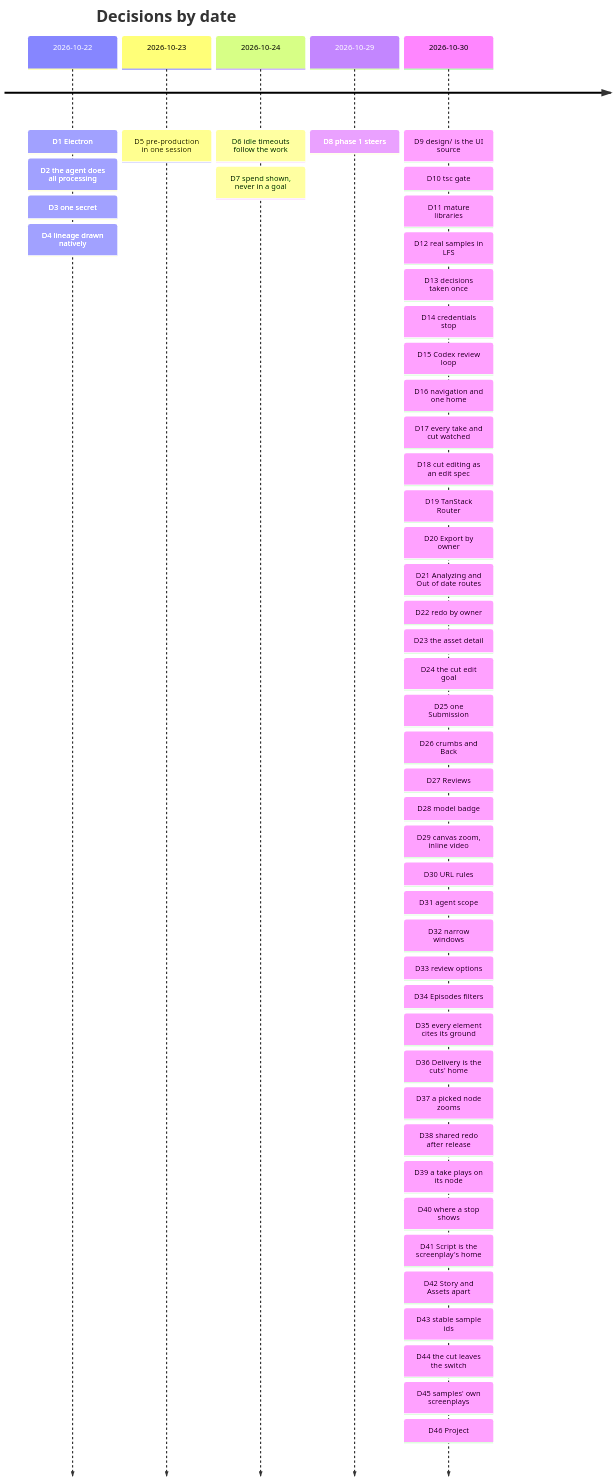
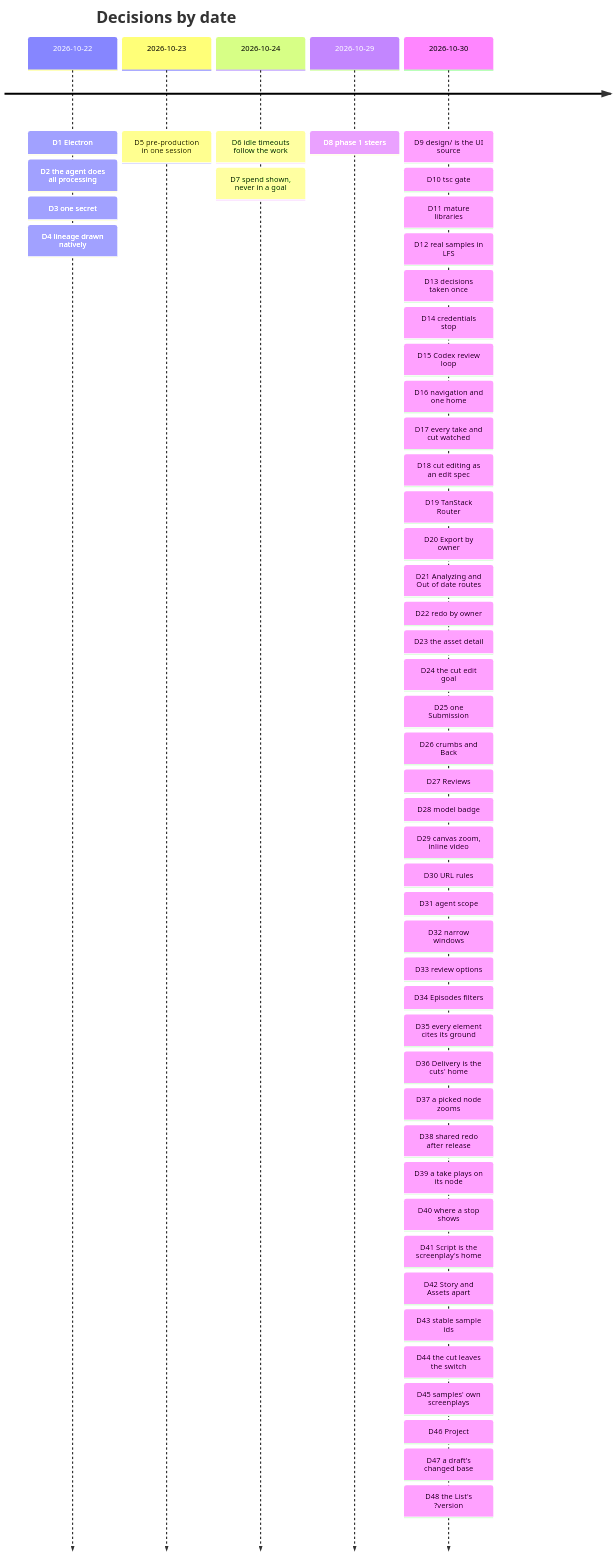
Before and after one commit to PineComputer/open-pinedrama: the diagram in docs/decisions.md, drawn with Mermaid. The commit also changed other lines of this file, not shown here.

Commit message:
docs: D47 a draft whose base changed is kept and decided on; D48 the List shows the version a link names

````diff
--- a/docs/decisions.md
+++ b/docs/decisions.md
@@ -18,9 +18,9 @@
 ```mermaid
 timeline
   title Decisions by date
   2026-10-22 : D1 Electron : D2 the agent does all processing : D3 one secret : D4 lineage drawn natively
   2026-10-23 : D5 pre-production in one session
   2026-10-24 : D6 idle timeouts follow the work : D7 spend shown, never in a goal
   2026-10-29 : D8 phase 1 steers
-  2026-10-30 : D9 design/ is the UI source : D10 tsc gate : D11 mature libraries : D12 real samples in LFS : D13 decisions taken once : D14 credentials stop : D15 Codex review loop : D16 navigation and one home : D17 every take and cut watched : D18 cut editing as an edit spec : D19 TanStack Router : D20 Export by owner : D21 Analyzing and Out of date routes : D22 redo by owner : D23 the asset detail : D24 the cut edit goal : D25 one Submission : D26 crumbs and Back : D27 Reviews : D28 model badge : D29 canvas zoom, inline video : D30 URL rules : D31 agent scope : D32 narrow windows : D33 review options : D34 Episodes filters : D35 every element cites its ground : D36 Delivery is the cuts' home : D37 a picked node zooms : D38 shared redo after release : D39 a take plays on its node : D40 where a stop shows : D41 Script is the screenplay's home : D42 Story and Assets apart : D43 stable sample ids : D44 the cut leaves the switch : D45 samples' own screenplays : D46 Project
+  2026-10-30 : D9 design/ is the UI source : D10 tsc gate : D11 mature libraries : D12 real samples in LFS : D13 decisions taken once : D14 credentials stop : D15 Codex review loop : D16 navigation and one home : D17 every take and cut watched : D18 cut editing as an edit spec : D19 TanStack Router : D20 Export by owner : D21 Analyzing and Out of date routes : D22 redo by owner : D23 the asset detail : D24 the cut edit goal : D25 one Submission : D26 crumbs and Back : D27 Reviews : D28 model badge : D29 canvas zoom, inline video : D30 URL rules : D31 agent scope : D32 narrow windows : D33 review options : D34 Episodes filters : D35 every element cites its ground : D36 Delivery is the cuts' home : D37 a picked node zooms : D38 shared redo after release : D39 a take plays on its node : D40 where a stop shows : D41 Script is the screenplay's home : D42 Story and Assets apart : D43 stable sample ids : D44 the cut leaves the switch : D45 samples' own screenplays : D46 Project : D47 a draft's changed base : D48 the List's ?version
 ```
````
